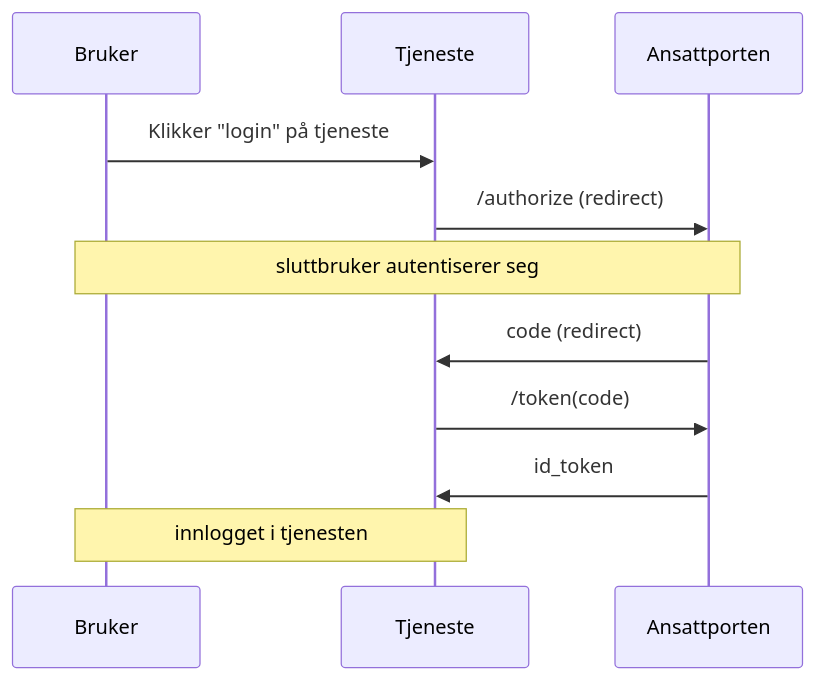
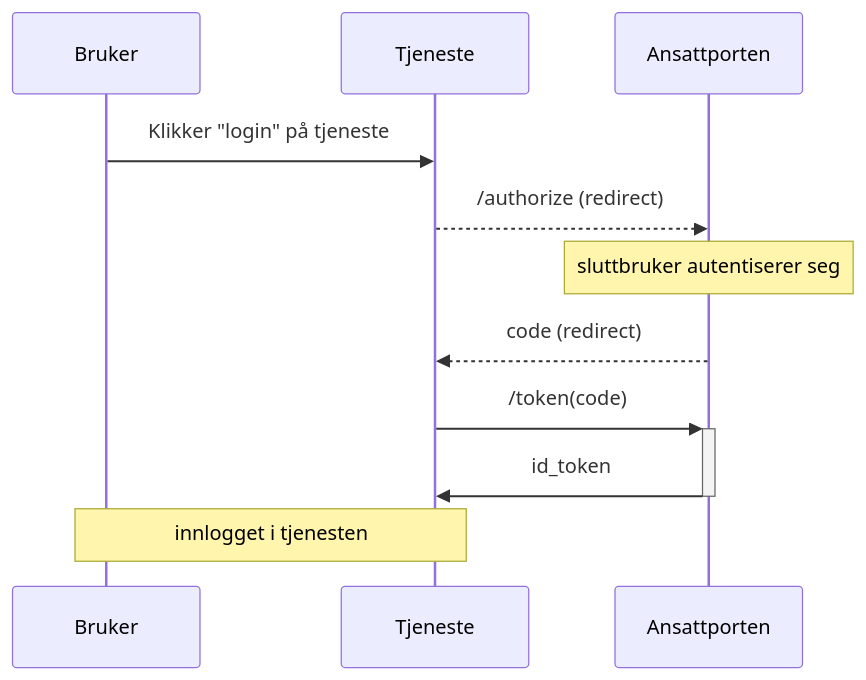
The diagram in _docs/ansattporten/ansattporten_guide.md (joergenb/docs), drawn with Mermaid before and after one commit. The commit also changed other lines of this file and 4 other files, not shown here.

```diff
--- a/_docs/ansattporten/ansattporten_guide.md
+++ b/_docs/ansattporten/ansattporten_guide.md
@@ -32,16 +32,16 @@
 <div class="mermaid">
 sequenceDiagram
 
 participant B as Bruker
 participant C as Tjeneste
 participant A as Ansattporten
 
 B->>C: Klikker "login" på tjeneste
-C->>A: /authorize (redirect)
-note over B, A: sluttbruker autentiserer seg
-A->>C: code (redirect)
-C->>A: /token(code)
-A->>C: id_token
+C-->>A: /authorize (redirect)
+note over A: sluttbruker autentiserer seg
+A-->>C: code (redirect)
+C->>+A: /token(code)
+A->>-C: id_token
 note over B,C: innlogget i tjenesten
 
 </div>
```
